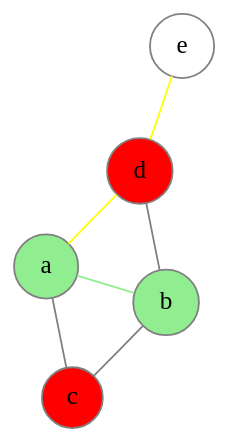
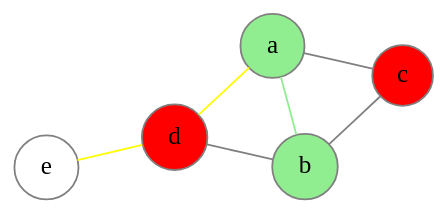
The fourth of 4 diagrams in uni/Discrete math/Graphs/Graphs - basics.md (dgudim2/obsidian_vault), drawn with Graphviz before and after one commit. The commit also changed 20 other files, not shown here.

````diff
--- a/uni/Discrete math/Graphs/Graphs - basics.md
+++ b/uni/Discrete math/Graphs/Graphs - basics.md
@@ -229,34 +229,34 @@
 ```dot
 graph neato {
 
 bgcolor="transparent"
 
 graph [layout = neato]
 
 node [shape = circle,
       style = filled,
       width=0.3,
       height=0.3,
-      color = grey]
+      color = grey,
+      fillcolor = white]
+e
 
 node [fillcolor = lightgreen]
 a b
 
 node [fillcolor = red]
 c d
-
-node [fillcolor = white]
 
 edge [color = lightgreen]
 a -- b
 
 edge [color = yellow]
 d -- e
 d -- a
 
 edge [color = grey]
 a -- c
 b -- c
 d -- b
 }
 ```
````
